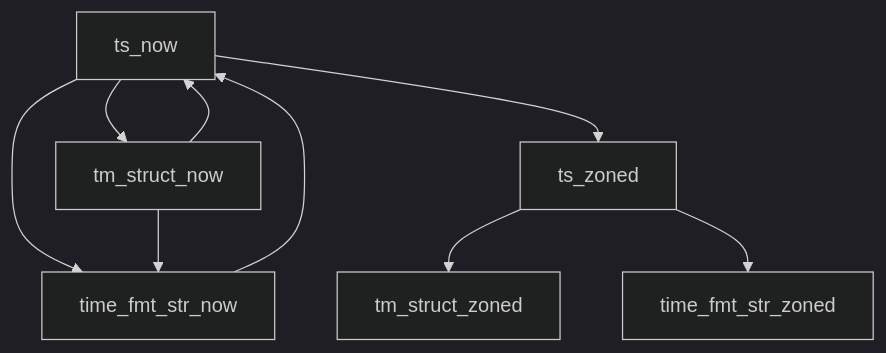
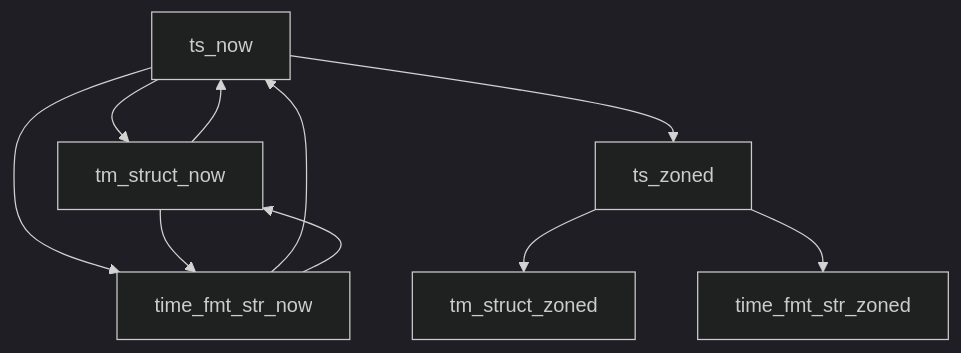
The second of 2 diagrams in flowchart.md (mikeli94cn/c), drawn with Mermaid (dark theme) before and after one commit.

Commit message:
time in c

````diff
--- a/flowchart.md
+++ b/flowchart.md
@@ -25,11 +25,12 @@
 ```mermaid
 flowchart TD
     A[ts_now] --> B[tm_struct_now]
     A --> C[time_fmt_str_now]  
     B --> C
     B --> A
     C --> A
+    C --> B
     A --> D[ts_zoned]
     D --> E[tm_struct_zoned]
     D --> F[time_fmt_str_zoned]
 ```
````
